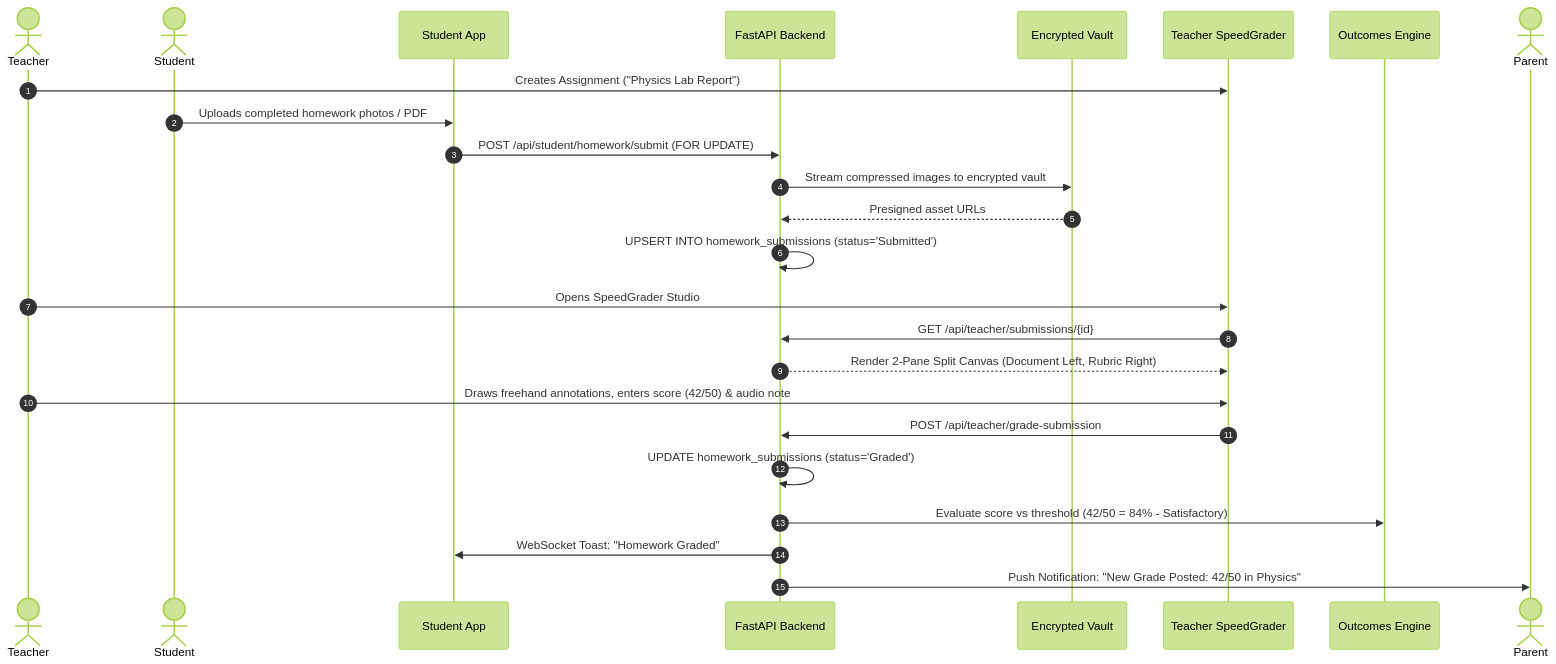
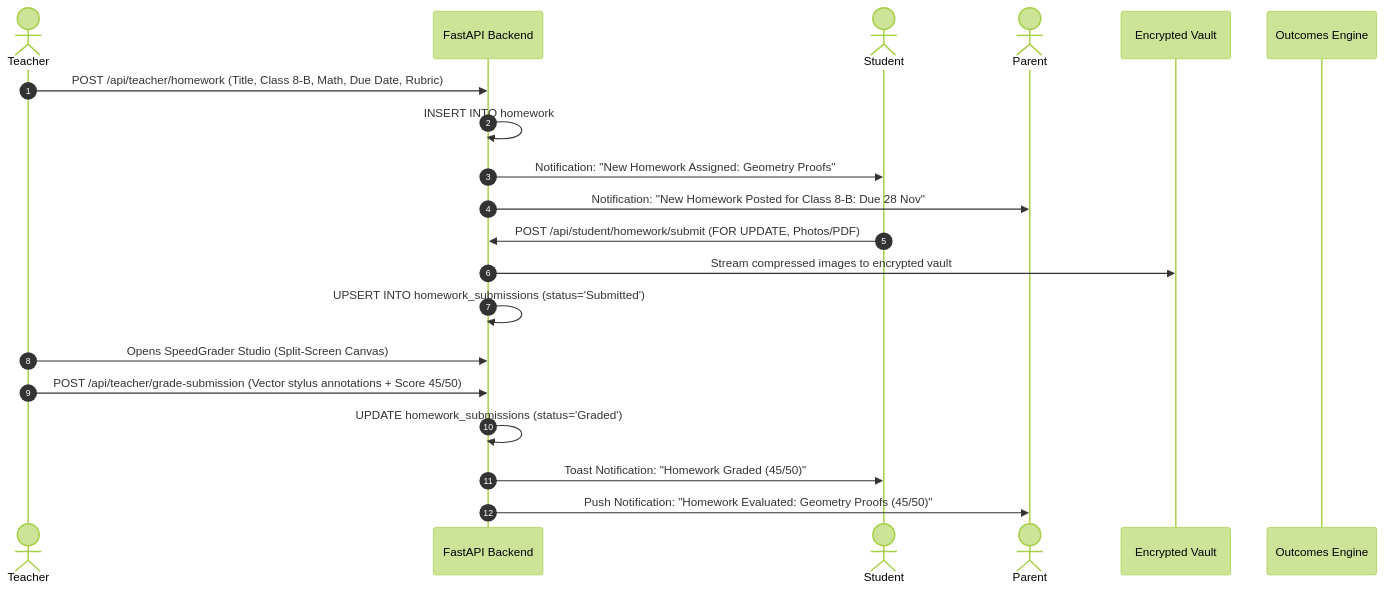
Before and after one commit to DiradzProducts/EDU360: the second of 9 diagrams in docs/prd/PRD.md, drawn with Mermaid (forest theme). The commit also changed other lines of this file and 54 other files, not shown here.

Commit message:
feat(core): synchronize cross-role workflows, dynamic surveillance, and v10.0 architecture

````diff
--- a/docs/prd/PRD.md
+++ b/docs/prd/PRD.md
@@ -226,28 +243,23 @@
 ```mermaid
 sequenceDiagram
     autonumber
     actor Teacher as Teacher
+    participant API as FastAPI Backend
     actor Student as Student
-    participant S_UI as Student App
-    participant API as FastAPI Backend
+    actor Parent as Parent
     participant S3 as Encrypted Vault
-    participant T_UI as Teacher SpeedGrader
     participant Analytics as Outcomes Engine
-    actor Parent as Parent
 
-    Teacher->>T_UI: Creates Assignment ("Physics Lab Report")
-    Student->>S_UI: Uploads completed homework photos / PDF
-    S_UI->>API: POST /api/student/homework/submit (FOR UPDATE)
+    Teacher->>API: POST /api/teacher/homework (Title, Class 8-B, Math, Due Date, Rubric)
+    API->>API: INSERT INTO homework
+    API->>Student: Notification: "New Homework Assigned: Geometry Proofs"
+    API->>Parent: Notification: "New Homework Posted for Class 8-B: Due 28 Nov"
+    Student->>API: POST /api/student/homework/submit (FOR UPDATE, Photos/PDF)
     API->>S3: Stream compressed images to encrypted vault
-    S3-->>API: Presigned asset URLs
     API->>API: UPSERT INTO homework_submissions (status='Submitted')
-    Teacher->>T_UI: Opens SpeedGrader Studio
-    T_UI->>API: GET /api/teacher/submissions/{id}
-    API-->>T_UI: Render 2-Pane Split Canvas (Document Left, Rubric Right)
-    Teacher->>T_UI: Draws freehand annotations, enters score (42/50) & audio note
-    T_UI->>API: POST /api/teacher/grade-submission
+    Teacher->>API: Opens SpeedGrader Studio (Split-Screen Canvas)
+    Teacher->>API: POST /api/teacher/grade-submission (Vector stylus annotations + Score 45/50)
     API->>API: UPDATE homework_submissions (status='Graded')
-    API->>Analytics: Evaluate score vs threshold (42/50 = 84% - Satisfactory)
-    API->>S_UI: WebSocket Toast: "Homework Graded"
-    API->>Parent: Push Notification: "New Grade Posted: 42/50 in Physics"
+    API->>Student: Toast Notification: "Homework Graded (45/50)"
+    API->>Parent: Push Notification: "Homework Evaluated: Geometry Proofs (45/50)"
 ```
````
